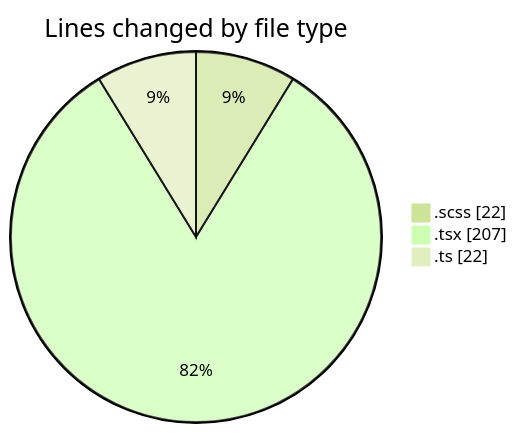
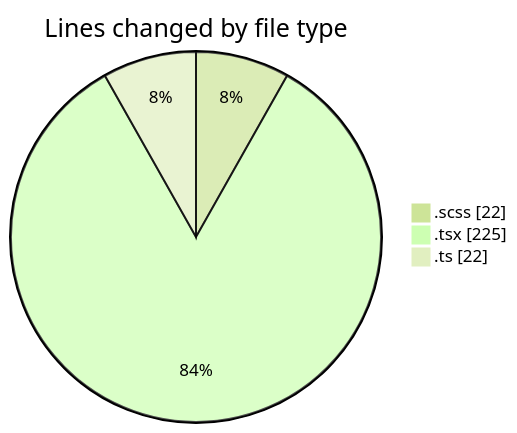
Before and after one commit to momahboobian/code-tracking: the first of 2 diagrams in 2025-02-10/cda/README.md, drawn with Mermaid (forest theme). The commit also changed other lines of this file and 1 other file, not shown here.

````diff
--- a/2025-02-10/cda/README.md
+++ b/2025-02-10/cda/README.md
@@ -22,7 +22,7 @@
 ```mermaid
 pie showData
 title Lines changed by file type
 ".scss" : 22
-".tsx" : 207
+".tsx" : 225
 ".ts" : 22
 ```
````
